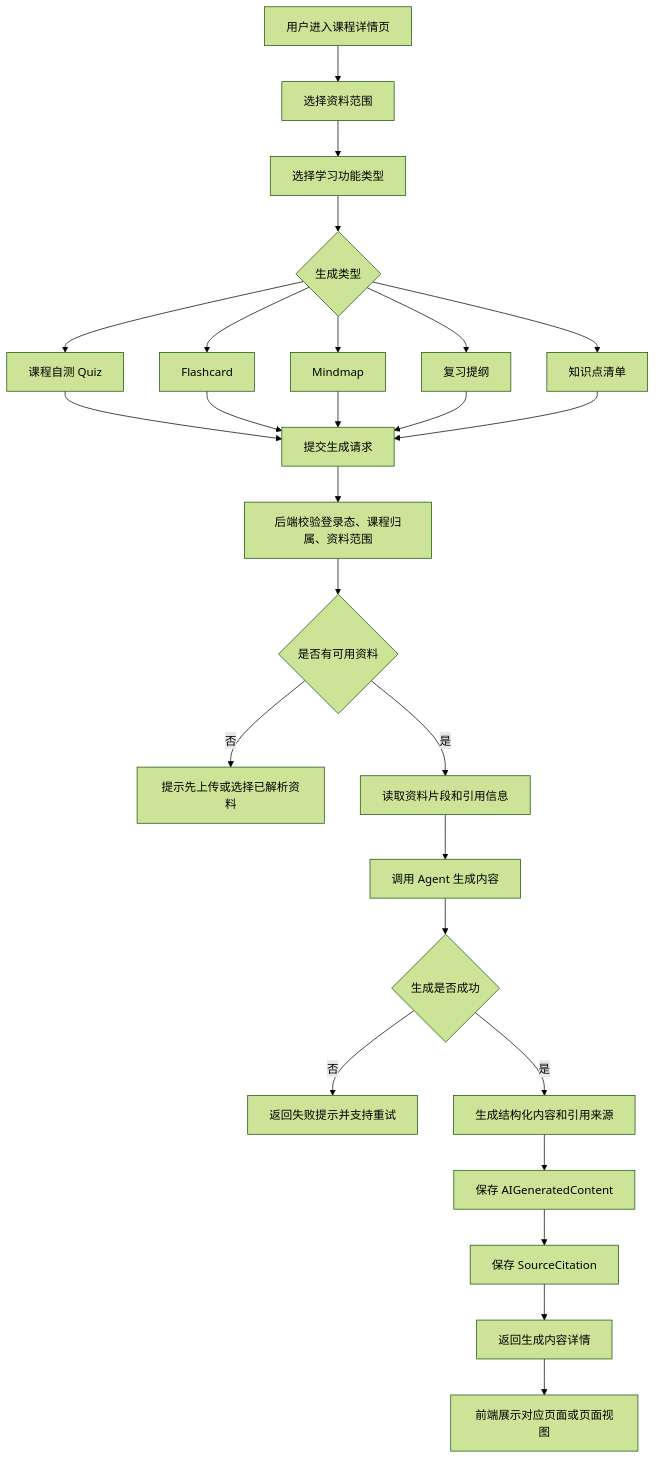
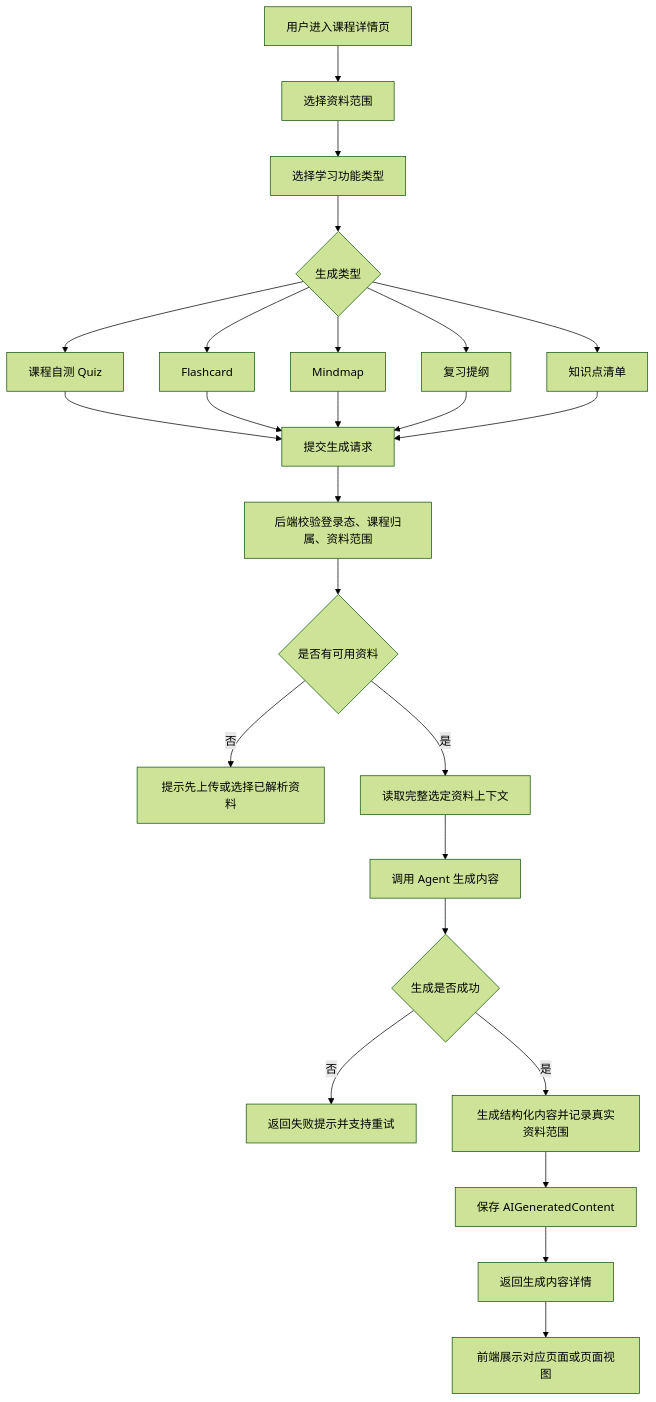
One commit to cyruan815/CourseNexus changed the sixth of 10 diagrams in docs/product/PRD/02_用户流程_页面跳转_系统流程.md. Above: the diagram before and after it, drawn with Mermaid (forest theme). The commit also changed other lines of this file and 23 other files, not shown here.

````diff
--- a/docs/product/PRD/02_用户流程_页面跳转_系统流程.md
+++ b/docs/product/PRD/02_用户流程_页面跳转_系统流程.md
@@ -323,28 +323,27 @@
 ```mermaid
 flowchart TD
     A["用户进入课程详情页"] --> B["选择资料范围"]
     B --> C["选择学习功能类型"]
     C --> D{"生成类型"}
     D --> D1["课程自测 Quiz"]
     D --> D2["Flashcard"]
     D --> D3["Mindmap"]
     D --> D4["复习提纲"]
     D --> D5["知识点清单"]
     D1 --> E["提交生成请求"]
     D2 --> E
     D3 --> E
     D4 --> E
     D5 --> E
     E --> F["后端校验登录态、课程归属、资料范围"]
     F --> G{"是否有可用资料"}
     G -- "否" --> H["提示先上传或选择已解析资料"]
-    G -- "是" --> I["读取资料片段和引用信息"]
+    G -- "是" --> I["读取完整选定资料上下文"]
     I --> J["调用 Agent 生成内容"]
     J --> K{"生成是否成功"}
     K -- "否" --> L["返回失败提示并支持重试"]
-    K -- "是" --> M["生成结构化内容和引用来源"]
+    K -- "是" --> M["生成结构化内容并记录真实资料范围"]
     M --> N["保存 AIGeneratedContent"]
-    N --> O["保存 SourceCitation"]
-    O --> P["返回生成内容详情"]
+    N --> P["返回生成内容详情"]
     P --> Q["前端展示对应页面或页面视图"]
 ```
````
